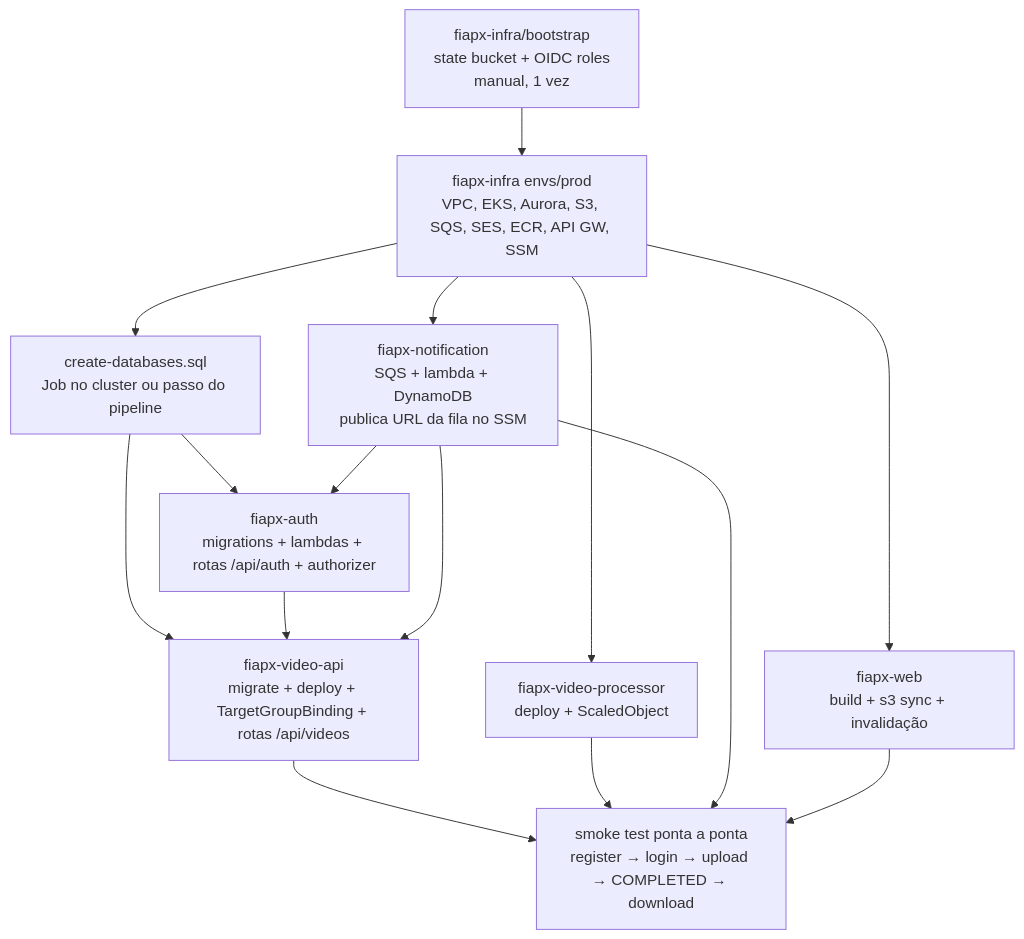
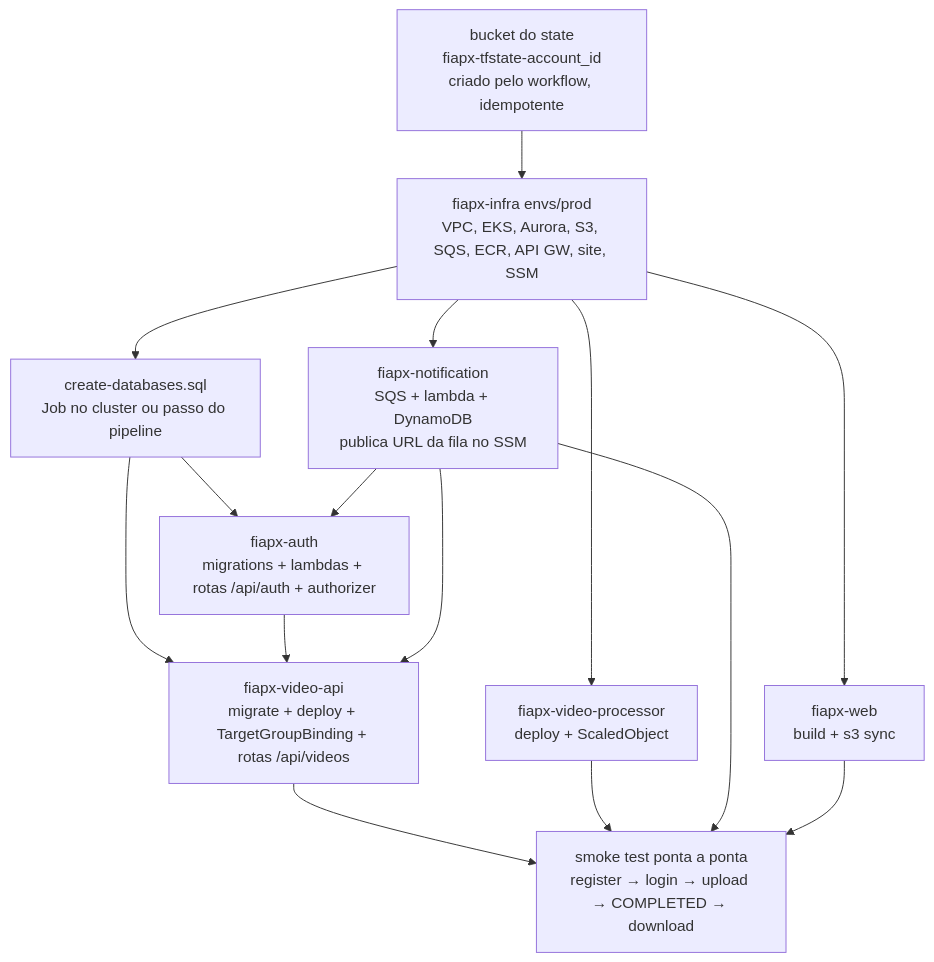
One commit to hackathon-fiap-soat/fiapx-docs changed the second of 2 diagrams in 06-deploy/fluxo-de-deploy.md. Above: the diagram before and after it, drawn with Mermaid. The commit also changed other lines of this file and 59 other files, not shown here.

````diff
--- a/06-deploy/fluxo-de-deploy.md
+++ b/06-deploy/fluxo-de-deploy.md
@@ -60,17 +69,17 @@
 ```mermaid
 flowchart TD
-  B["fiapx-infra/bootstrap<br/>state bucket + OIDC roles<br/>manual, 1 vez"] --> I["fiapx-infra envs/prod<br/>VPC, EKS, Aurora, S3, SQS, SES, ECR, API GW, SSM"]
+  B["bucket do state<br/>fiapx-tfstate-account_id<br/>criado pelo workflow, idempotente"] --> I["fiapx-infra envs/prod<br/>VPC, EKS, Aurora, S3, SQS, ECR, API GW, site, SSM"]
   I --> SQL["create-databases.sql<br/>Job no cluster ou passo do pipeline"]
   SQL --> AUTH["fiapx-auth<br/>migrations + lambdas + rotas /api/auth + authorizer"]
   SQL --> API["fiapx-video-api<br/>migrate + deploy + TargetGroupBinding + rotas /api/videos"]
   AUTH --> API
   I --> PROC["fiapx-video-processor<br/>deploy + ScaledObject"]
   I --> NOTIF["fiapx-notification<br/>SQS + lambda + DynamoDB<br/>publica URL da fila no SSM"]
   NOTIF --> API
   NOTIF --> AUTH
-  I --> WEB["fiapx-web<br/>build + s3 sync + invalidação"]
+  I --> WEB["fiapx-web<br/>build + s3 sync"]
   API --> E2E["smoke test ponta a ponta<br/>register → login → upload → COMPLETED → download"]
   PROC --> E2E
   NOTIF --> E2E
   WEB --> E2E
 ```
````
